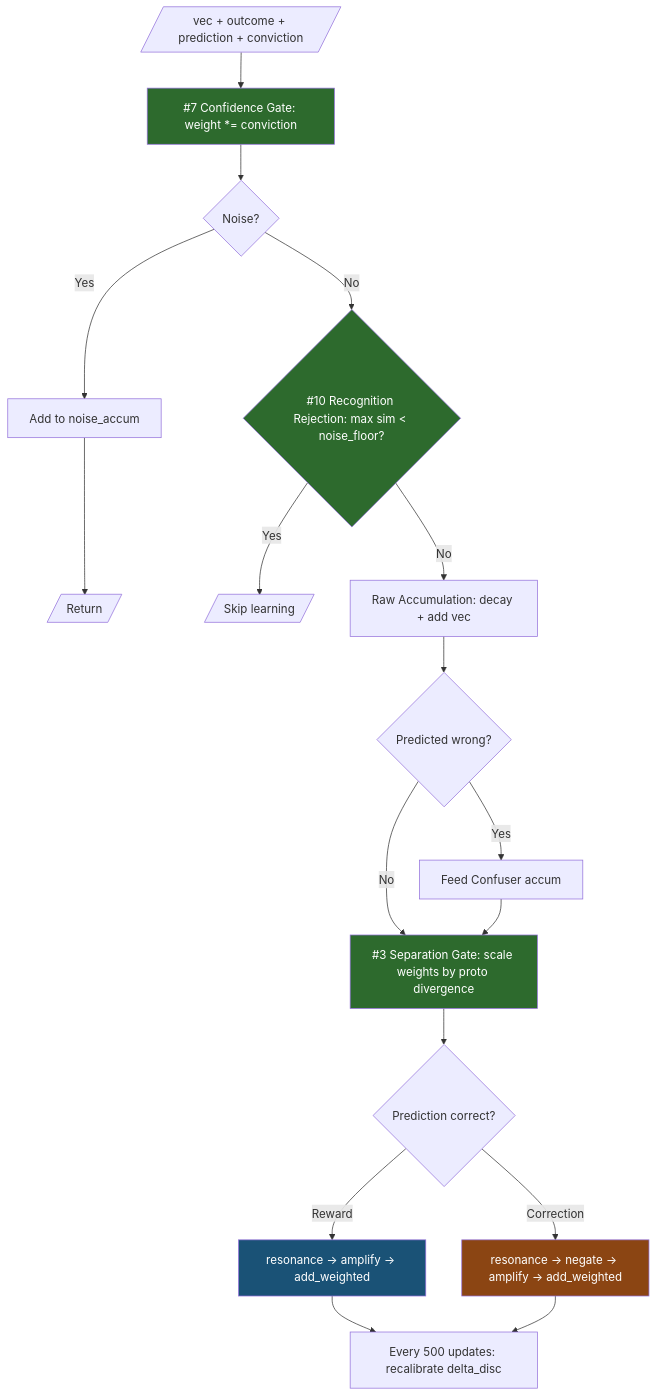
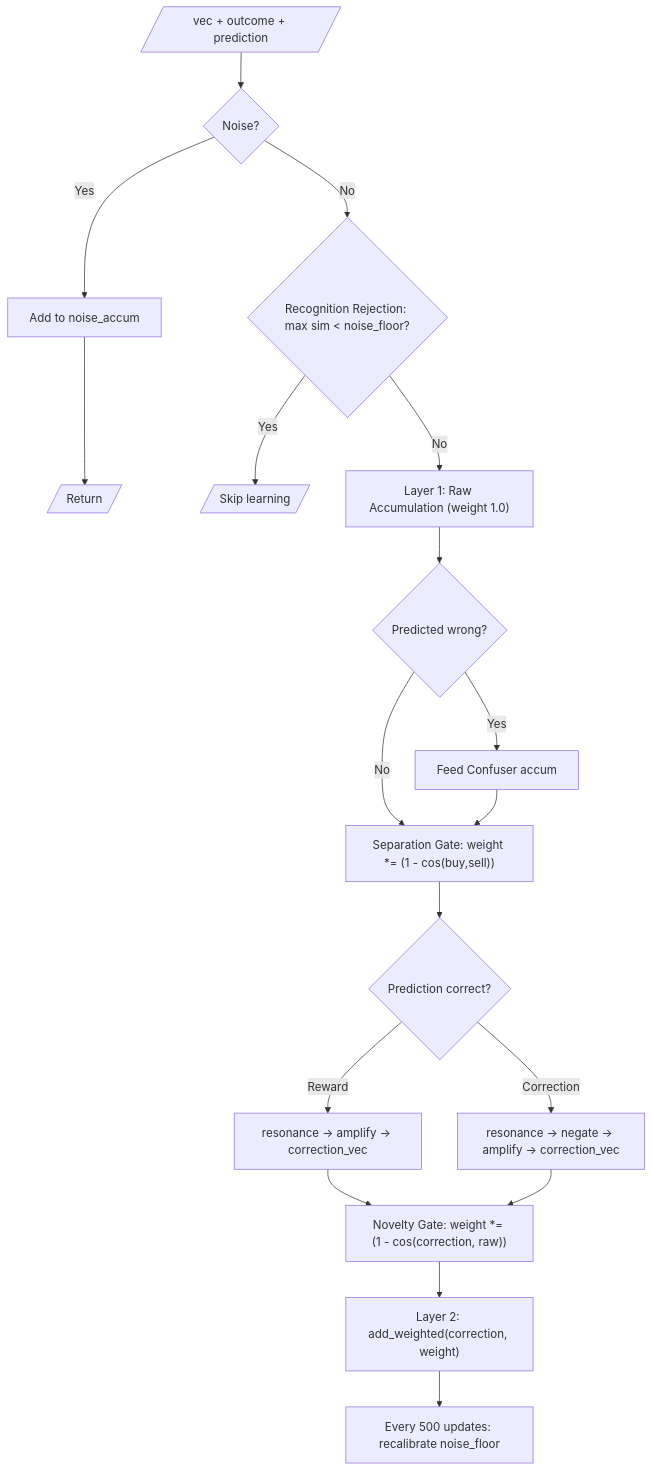
The second of 4 diagrams in EXPERIMENT_LOG.md (watmin/holon-lab-trading), drawn with Mermaid before and after one commit. The commit also changed other lines of this file and 5 other files, not shown here.

First line of the commit message:
fix: remove smoothed delta_disc, use raw delta for direction prediction

````diff
--- a/EXPERIMENT_LOG.md
+++ b/EXPERIMENT_LOG.md
@@ -122,24 +148,19 @@
 ```mermaid
 flowchart TD
-    INPUT[/"vec + outcome + prediction + conviction"/] --> CG["#7 Confidence Gate: weight *= conviction"]
-    CG --> NOISE{"Noise?"}
+    INPUT[/"vec + outcome + prediction"/] --> NOISE{"Noise?"}
     NOISE -->|Yes| NA["Add to noise_accum"] --> DONE[/"Return"/]
-    NOISE -->|No| RR{"#10 Recognition Rejection: max sim < noise_floor?"}
+    NOISE -->|No| RR{"Recognition Rejection: max sim < noise_floor?"}
     RR -->|Yes| SKIP[/"Skip learning"/]
-    RR -->|No| RAW["Raw Accumulation: decay + add vec"]
+    RR -->|No| RAW["Layer 1: Raw Accumulation (weight 1.0)"]
     RAW --> WRONG{"Predicted wrong?"}
     WRONG -->|Yes| FEED["Feed Confuser accum"]
     WRONG -->|No| GATE
     FEED --> GATE
-    GATE["#3 Separation Gate: scale weights by proto divergence"] --> MATCH{"Prediction correct?"}
-    MATCH -->|Reward| REWARD["resonance → amplify → add_weighted"]
-    MATCH -->|Correction| CORRECT["resonance → negate → amplify → add_weighted"]
-    REWARD --> RECAL["Every 500 updates: recalibrate delta_disc"]
-    CORRECT --> RECAL
-
-    style CG fill:#2d6a2d,color:#fff
-    style RR fill:#2d6a2d,color:#fff
-    style GATE fill:#2d6a2d,color:#fff
-    style CORRECT fill:#8b4513,color:#fff
-    style REWARD fill:#1a5276,color:#fff
+    GATE["Separation Gate: weight *= (1 - cos(buy,sell))"] --> MATCH{"Prediction correct?"}
+    MATCH -->|Reward| REWARD["resonance -> amplify -> correction_vec"]
+    MATCH -->|Correction| CORRECT["resonance -> negate -> amplify -> correction_vec"]
+    REWARD --> NOV["Novelty Gate: weight *= (1 - cos(correction, raw))"]
+    CORRECT --> NOV
+    NOV --> ADD["Layer 2: add_weighted(correction, weight)"]
+    ADD --> RECAL["Every 500 updates: recalibrate noise_floor"]
 ```
````
